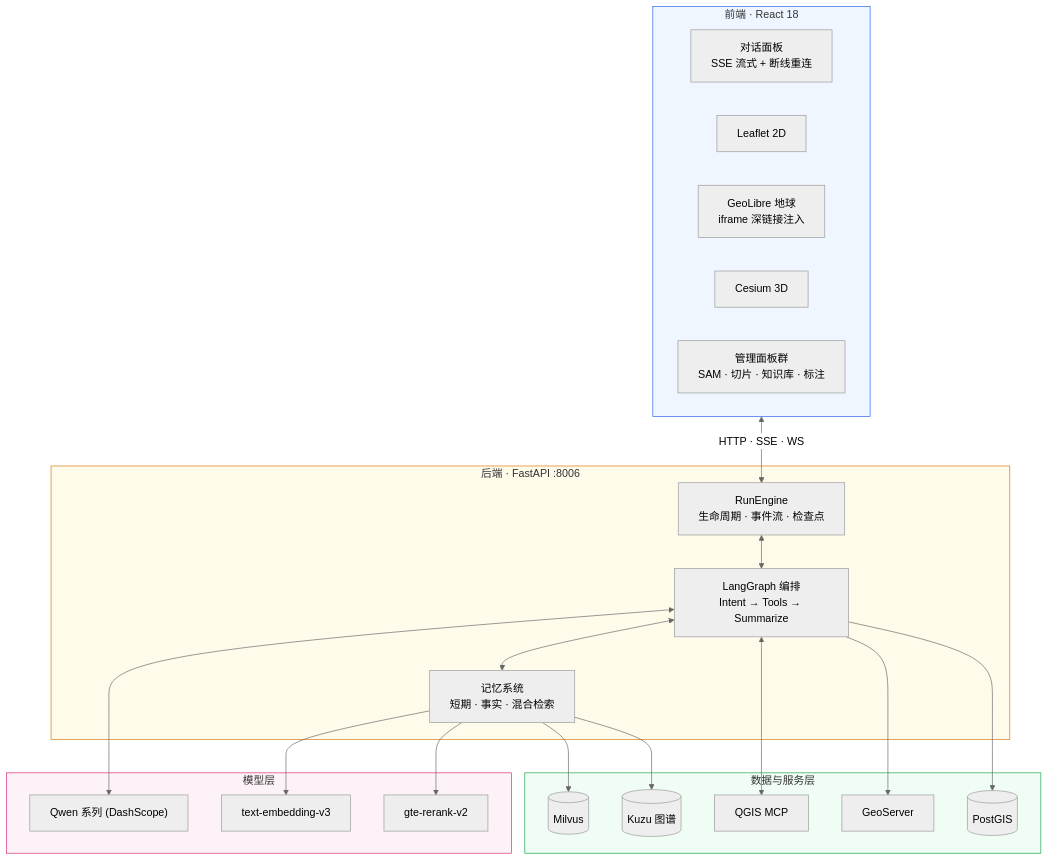
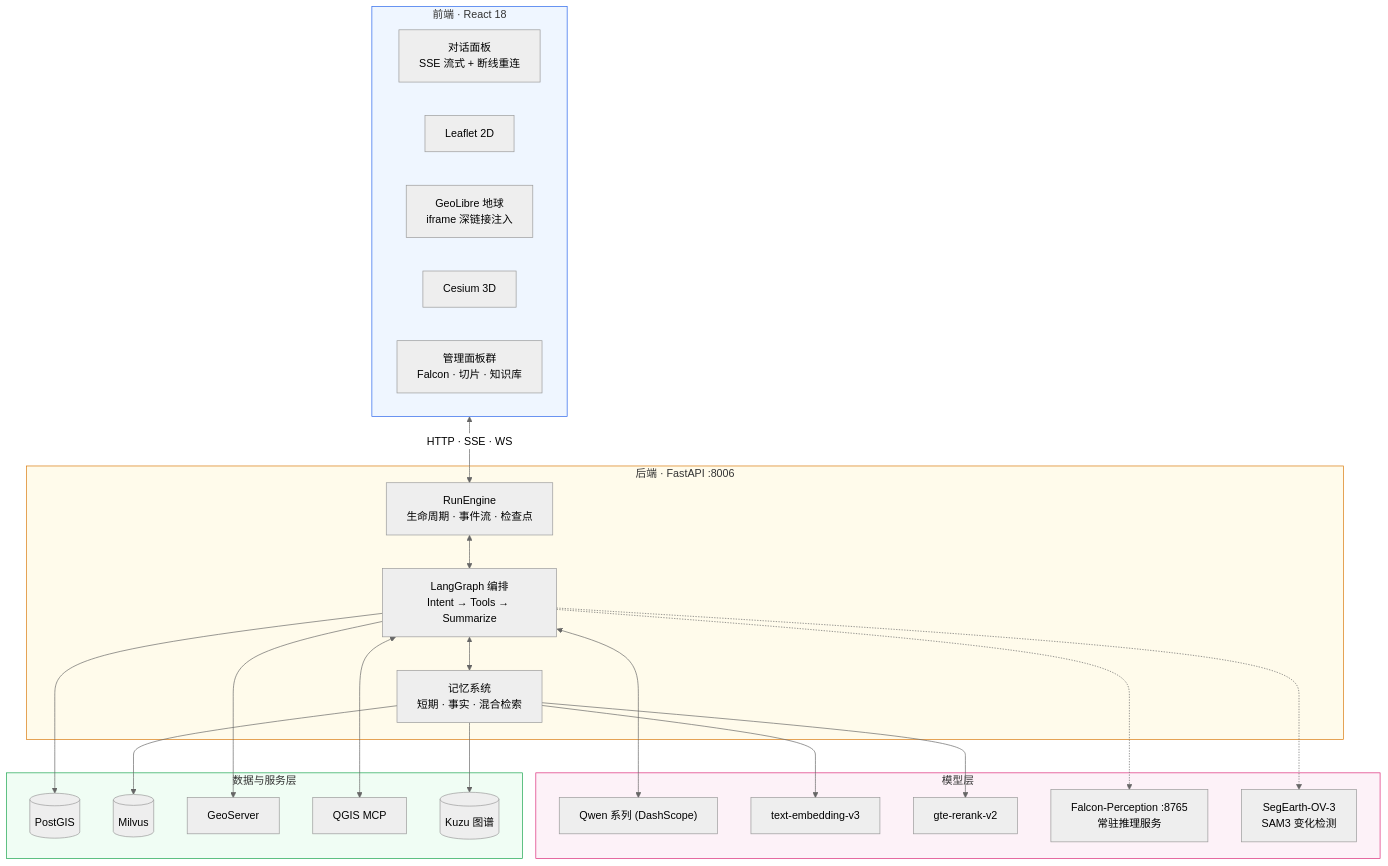
The second of 5 diagrams in README.md (PotatoH-cmd/Smart_Map), drawn with Mermaid (neutral theme) before and after one commit. The commit also changed other lines of this file and 13 other files, not shown here.

First line of the commit message:
feat: SAM 注记工作流重构为 Falcon 开放词汇识别

````diff
--- a/README.md
+++ b/README.md
@@ -80,44 +81,47 @@
 ```mermaid
 graph TB
     subgraph FE["前端 · React 18"]
         Chat["对话面板<br/>SSE 流式 + 断线重连"]
         Map2D["Leaflet 2D"]
         Globe["GeoLibre 地球<br/>iframe 深链接注入"]
         Map3D["Cesium 3D"]
-        Panels["管理面板群<br/>SAM · 切片 · 知识库 · 标注"]
+        Panels["管理面板群<br/>Falcon · 切片 · 知识库"]
     end
 
     subgraph BE["后端 · FastAPI :8006"]
         Engine["RunEngine<br/>生命周期 · 事件流 · 检查点"]
         Graph["LangGraph 编排<br/>Intent → Tools → Summarize"]
         Memory["记忆系统<br/>短期 · 事实 · 混合检索"]
     end
 
     subgraph AI["模型层"]
         LLM["Qwen 系列 (DashScope)"]
         EMB["text-embedding-v3"]
         RERANK["gte-rerank-v2"]
+        FALCON["Falcon-Perception :8765<br/>常驻推理服务"]
+        SAM3["SegEarth-OV-3<br/>SAM3 变化检测"]
     end
 
     subgraph DATA["数据与服务层"]
         PG[("PostGIS")]
         MILVUS[("Milvus")]
         GS["GeoServer"]
         QGIS["QGIS MCP"]
         KUZU[("Kuzu 图谱")]
     end
 
     FE <-->|"HTTP · SSE · WS"| Engine
     Engine <--> Graph
     Graph <--> LLM
     Graph <--> Memory
     Memory --> EMB & RERANK & MILVUS
     Graph <--> QGIS
     Graph --> GS & PG
+    Graph -.-> FALCON & SAM3
     Memory --> KUZU
 
     style FE fill:#eff6ff,stroke:#2563eb
     style BE fill:#fffbeb,stroke:#d97706
     style AI fill:#fdf2f8,stroke:#db2777
     style DATA fill:#f0fdf4,stroke:#16a34a
 ```
````
